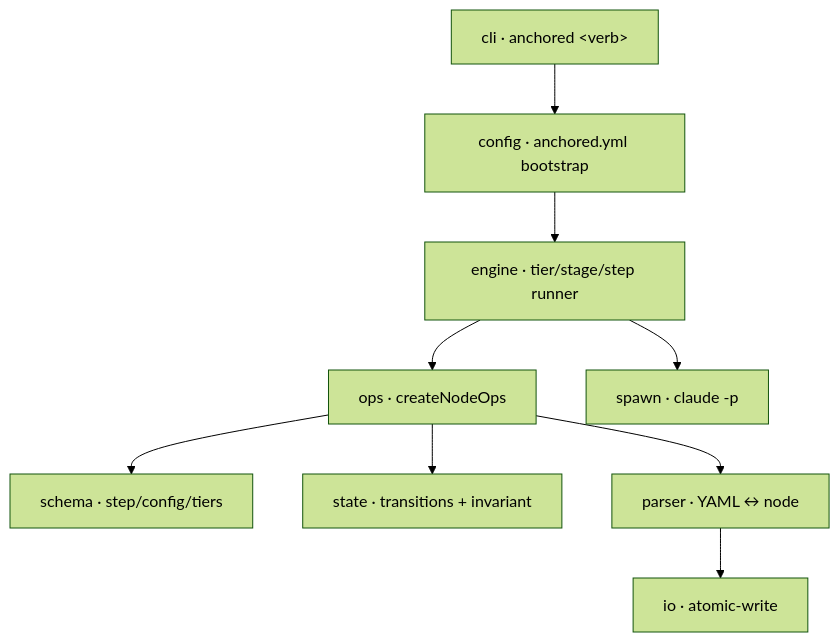
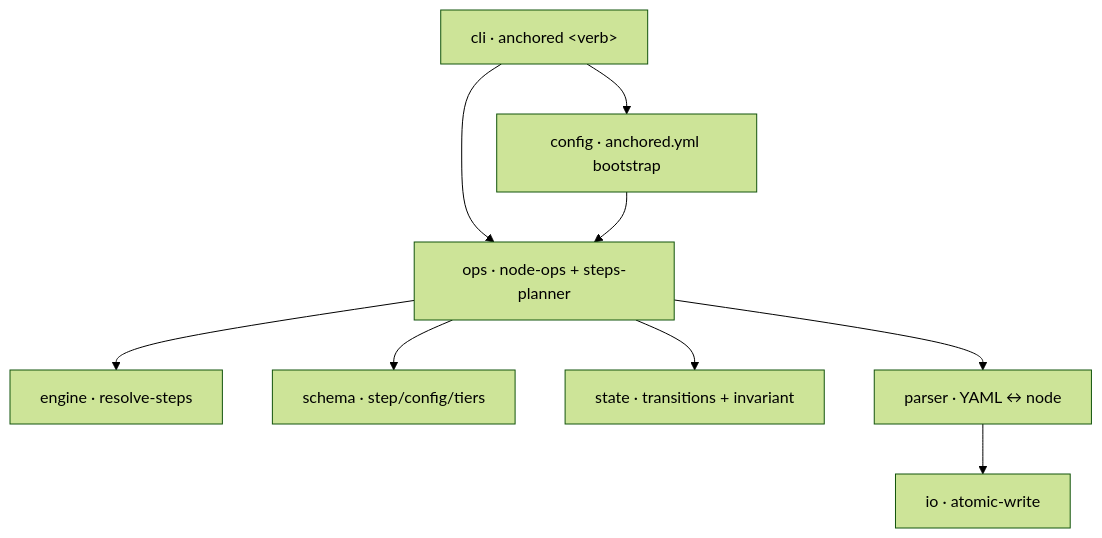
Before and after one commit to chafoo/anchored: the diagram in docs/core/_core.md, drawn with Mermaid (forest theme). The commit also changed other lines of this file and 18 other files, not shown here.

````diff
--- a/docs/core/_core.md
+++ b/docs/core/_core.md
@@ -10,11 +12,11 @@
 ```mermaid
 flowchart TB
     cli["cli · anchored &lt;verb&gt;"] --> config["config · anchored.yml bootstrap"]
-    config --> engine["engine · tier/stage/step runner"]
-    engine --> ops["ops · createNodeOps"]
-    engine --> spawn["spawn · claude -p"]
+    cli --> ops["ops · node-ops + steps-planner"]
+    config --> ops
+    ops --> engine["engine · resolve-steps"]
     ops --> schema["schema · step/config/tiers"]
     ops --> state["state · transitions + invariant"]
     ops --> parser["parser · YAML ↔ node"]
     parser --> io["io · atomic-write"]
 ```
````
